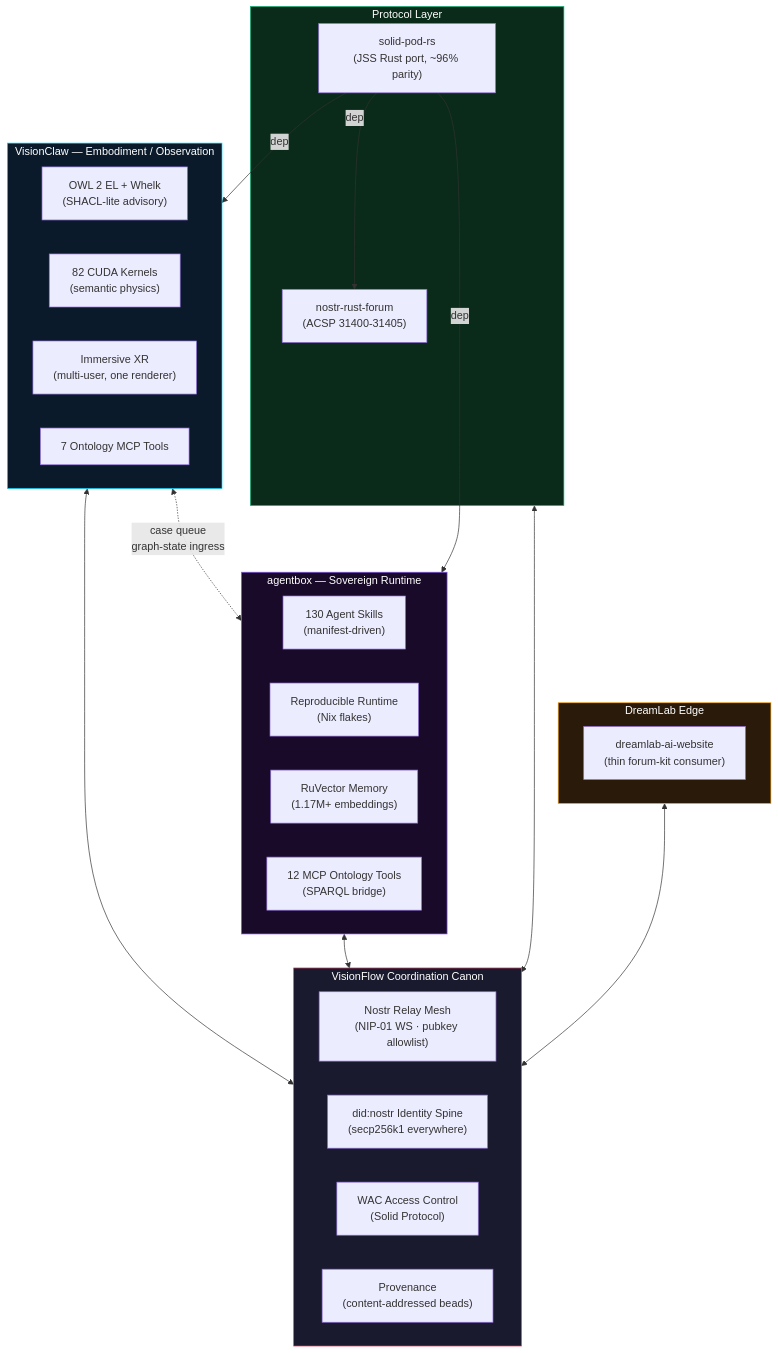
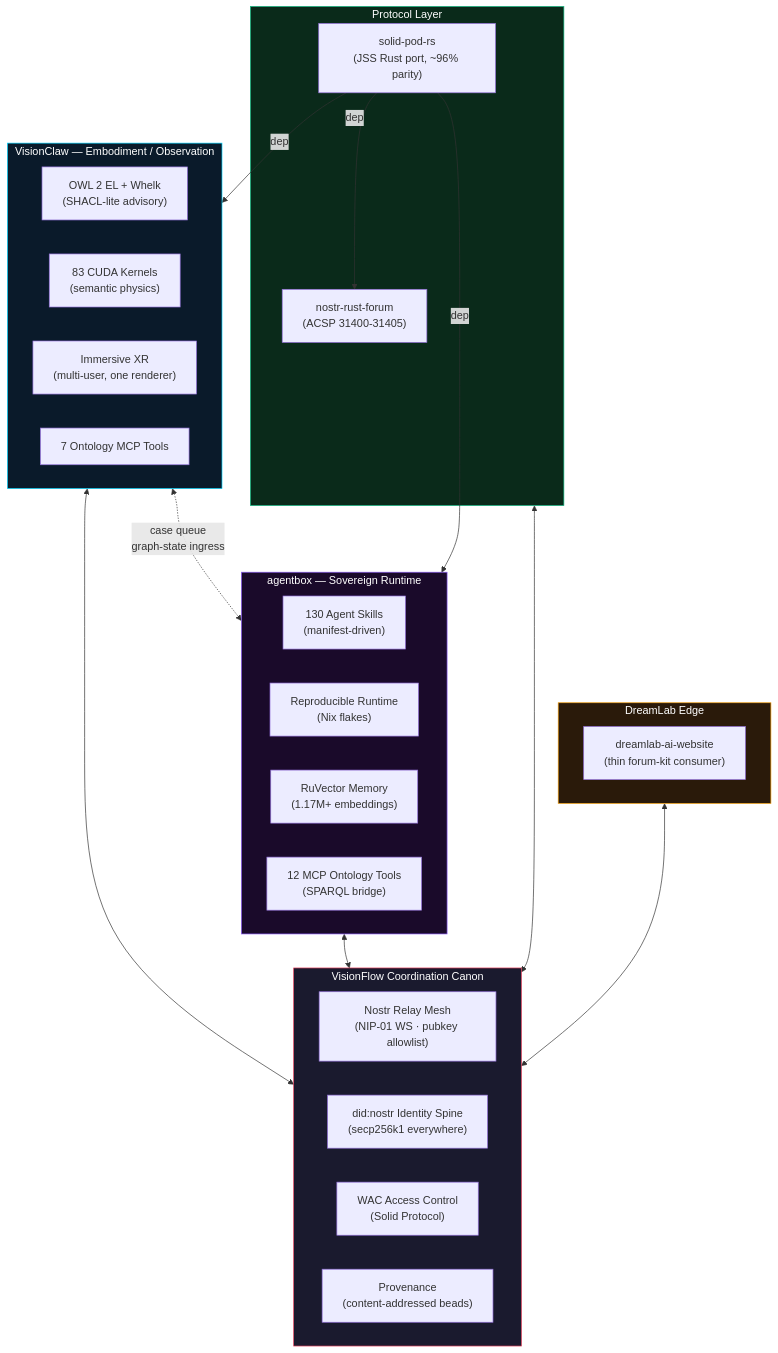
The diagram in README.md (DreamLab-AI/VisionFlow), drawn with Mermaid before and after one commit. The commit also changed other lines of this file and 1 other file, not shown here.

First line of the commit message:
fix(diagrams): an --only run no longer rewrites VERIFICATION.md; README CUDA counts match the code

````diff
--- a/README.md
+++ b/README.md
@@ -144,49 +144,49 @@
 ```mermaid
 flowchart TB
     subgraph VF["VisionFlow Coordination Canon"]
         direction LR
         MESH["Nostr Relay Mesh\n(NIP-01 WS · pubkey allowlist)"]
         DID["did:nostr Identity Spine\n(secp256k1 everywhere)"]
         WAC["WAC Access Control\n(Solid Protocol)"]
         PROV["Provenance\n(content-addressed beads)"]
     end
 
     subgraph VC["VisionClaw — Embodiment / Observation"]
         OWL["OWL 2 EL + Whelk\n(SHACL-lite advisory)"]
-        GPU["82 CUDA Kernels\n(semantic physics)"]
+        GPU["83 CUDA Kernels\n(semantic physics)"]
         XR["Immersive XR\n(multi-user, one renderer)"]
         MCP_VC["7 Ontology MCP Tools"]
     end
 
     subgraph AB["agentbox — Sovereign Runtime"]
         AGENTS["130 Agent Skills\n(manifest-driven)"]
         NIX["Reproducible Runtime\n(Nix flakes)"]
         MEM["RuVector Memory\n(1.17M+ embeddings)"]
         BRIDGE["12 MCP Ontology Tools\n(SPARQL bridge)"]
     end
 
     subgraph PROTO["Protocol Layer"]
         SPR["solid-pod-rs\n(JSS Rust port, ~96% parity)"]
         NRF["nostr-rust-forum\n(ACSP 31400-31405)"]
     end
 
     subgraph EDGE["DreamLab Edge"]
         SITE["dreamlab-ai-website\n(thin forum-kit consumer)"]
     end
 
     VC <--> VF
     AB <--> VF
     PROTO <--> VF
     EDGE <--> VF
 
     VC <-.->|"case queue\ngraph-state ingress"| AB
     SPR -->|"dep"| NRF
     SPR -->|"dep"| AB
     SPR -->|"dep"| VC
 
     style VF fill:#1a1a2e,stroke:#e94560,color:#fff
     style VC fill:#0a1a2a,stroke:#00d4ff,color:#fff
     style AB fill:#1a0a2a,stroke:#8b5cf6,color:#fff
     style PROTO fill:#0a2a1a,stroke:#10b981,color:#fff
     style EDGE fill:#2a1a0a,stroke:#f59e0b,color:#fff
 ```
````
